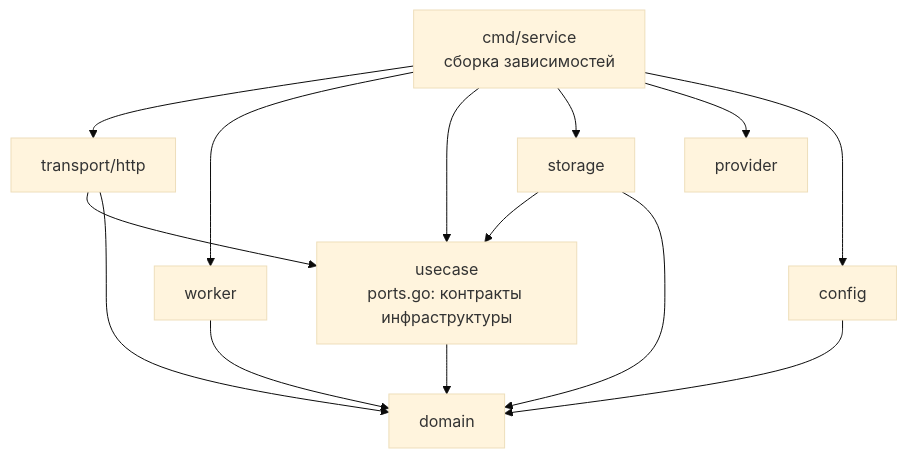
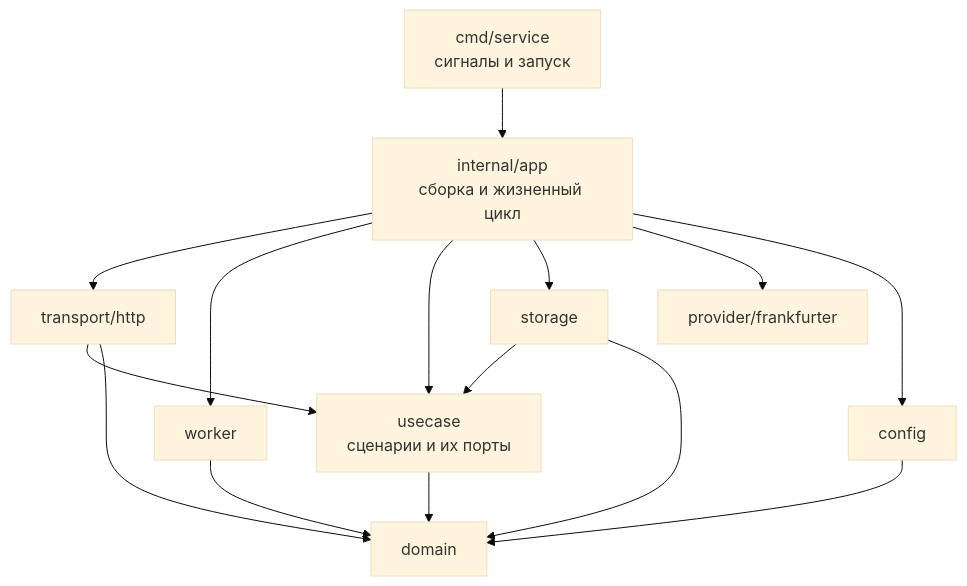
The second of 3 diagrams in README.md (artyomstank/plata-currency-service), drawn with Mermaid (base theme) before and after one commit. The commit also changed other lines of this file and 47 other files, not shown here.

Commit message:
chore: split usecase logics and add acl to provider

````diff
--- a/README.md
+++ b/README.md
@@ -34,16 +39,17 @@
 ```mermaid
 flowchart TD
-    Main["cmd/service<br/>сборка зависимостей"] --> HTTP["transport/http"]
-    Main --> Worker["worker"]
-    Main --> UC["usecase<br/>ports.go: контракты инфраструктуры"]
-    Main --> Storage["storage"]
-    Main --> Provider["provider"]
-    Main --> Config["config"]
+    Main["cmd/service<br/>сигналы и запуск"] --> App["internal/app<br/>сборка и жизненный цикл"]
+    App --> HTTP["transport/http"]
+    App --> Worker["worker"]
+    App --> UC["usecase<br/>сценарии и их порты"]
+    App --> Storage["storage"]
+    App --> Source["provider/frankfurter"]
+    App --> Config["config"]
     HTTP --> UC
     HTTP --> Domain["domain"]
     Storage --> UC
     Storage --> Domain
     Worker --> Domain
     Config --> Domain
     UC --> Domain
 ```
````
